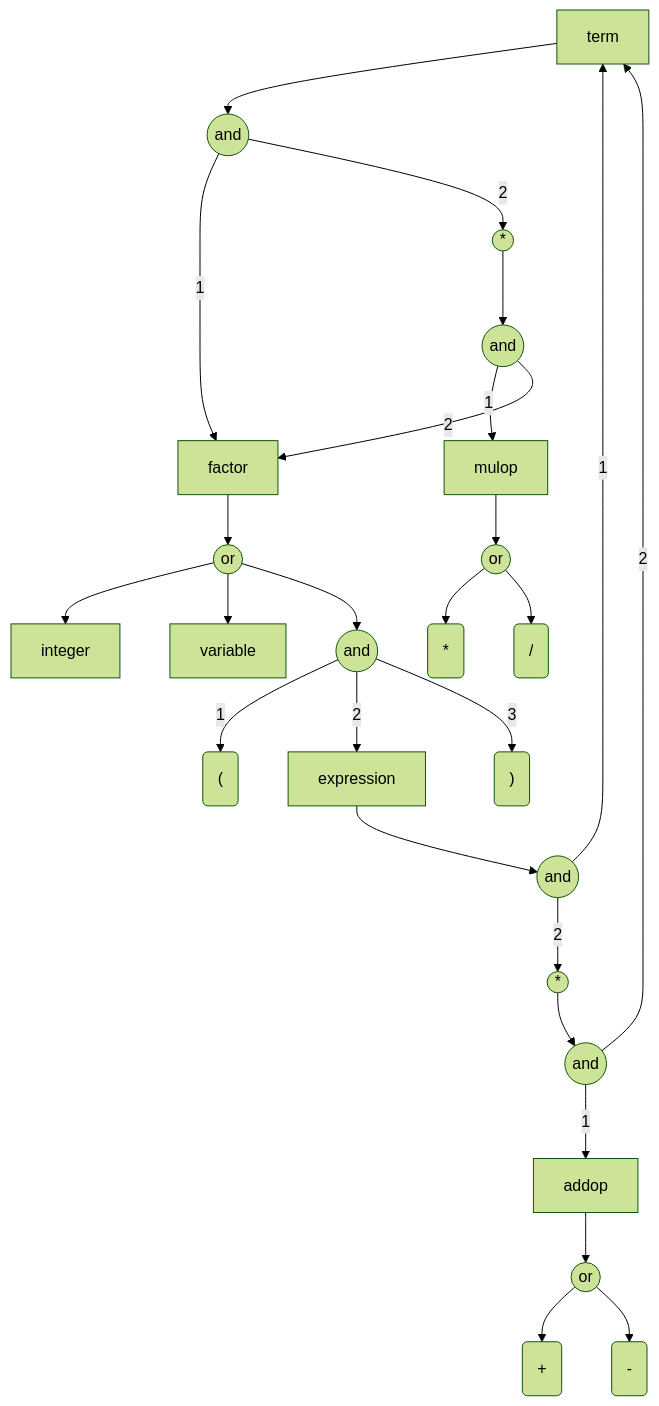
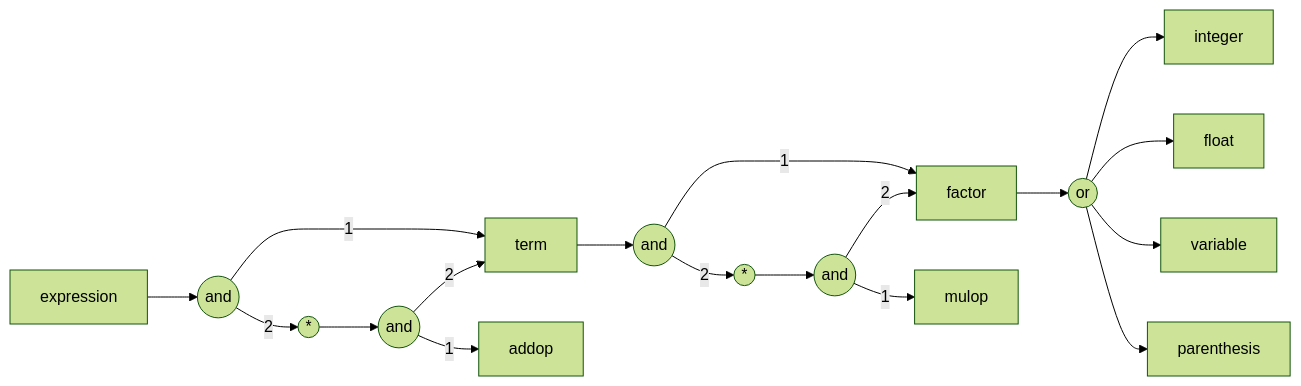
The tenth of 11 diagrams in Articles/Graph-representation-of-grammars.md (antononcube/RakuForPrediction-book), drawn with Mermaid (forest theme) before and after one commit. The commit also changed other lines of this file and 1 other file, not shown here.

````diff
--- a/Articles/Graph-representation-of-grammars.md
+++ b/Articles/Graph-representation-of-grammars.md
@@ -401,51 +583,36 @@
 ```mermaid
-graph TD
-	NT:term["term"]
-	seq1((and))
-	T:HYPHEN-MINUS("-")
-	alt27((or))
-	alt23((or))
-	NT:integer["integer"]
-	T:ASTERISK("*")
-	T:LEFT_PARENTHESIS("(")
-	NT:addop["addop"]
-	T:PLUS_SIGN("+")
-	NT:variable["variable"]
-	seq18((and))
-	T:RIGHT_PARENTHESIS(")")
-	NT:expression["expression"]
+graph LR
 	NT:factor["factor"]
 	seq4((and))
-	T:SOLIDUS("/")
+	seq1((and))
+	NT:float["float"]
+	NT:parenthesis["parenthesis"]
+	NT:integer["integer"]
+	NT:term["term"]
+	NT:addop["addop"]
+	rep10((*))
+	NT:variable["variable"]
+	NT:mulop["mulop"]
+	rep3((*))
+	alt15((or))
+	seq11((and))
+	NT:expression["expression"]
 	seq8((and))
-	NT:mulop["mulop"]
-	rep10((*))
-	rep3((*))
-	seq11((and))
-	alt15((or))
 	seq4 --> |1|NT:addop
 	seq4 --> |2|NT:term
 	rep3 --> seq4
 	seq1 --> |1|NT:term
 	seq1 --> |2|rep3
 	NT:expression --> seq1
 	seq11 --> |1|NT:mulop
 	seq11 --> |2|NT:factor
 	rep10 --> seq11
 	seq8 --> |1|NT:factor
 	seq8 --> |2|rep10
 	NT:term --> seq8
-	seq18 --> |1|T:LEFT_PARENTHESIS
-	seq18 --> |2|NT:expression
-	seq18 --> |3|T:RIGHT_PARENTHESIS
 	alt15 --> NT:integer
+	alt15 --> NT:float
 	alt15 --> NT:variable
-	alt15 --> seq18
+	alt15 --> NT:parenthesis
 	NT:factor --> alt15
-	alt23 --> T:PLUS_SIGN
-	alt23 --> T:HYPHEN-MINUS
-	NT:addop --> alt23
-	alt27 --> T:ASTERISK
-	alt27 --> T:SOLIDUS
-	NT:mulop --> alt27
 ```
````
